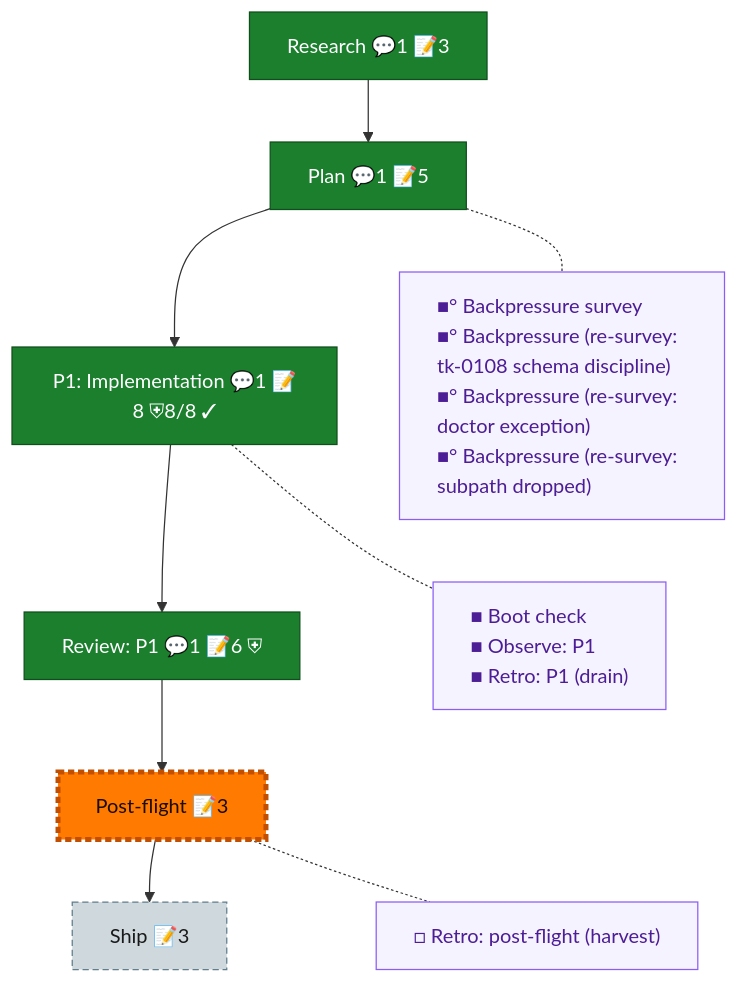
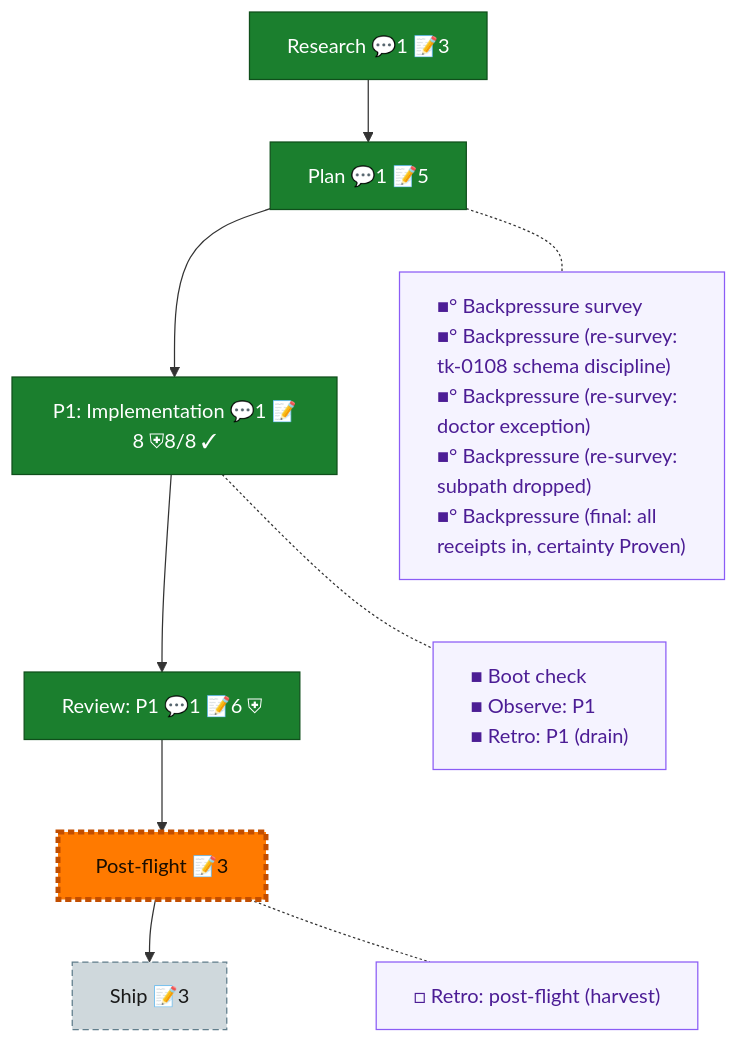
The diagram in docs/plans/003-first-light/the-flow.md (AI-Substrate/flowspace3), drawn with Mermaid before and after one commit. The commit also changed other lines of this file and 4 other files, not shown here.

Commit message:
chore(plan-003): final basis receipt (Proven); sawfish released

````diff
--- a/docs/plans/003-first-light/the-flow.md
+++ b/docs/plans/003-first-light/the-flow.md
@@ -8,29 +8,29 @@
 ```mermaid
 flowchart TD
     research["Research 💬1 📝3"]:::done
     plan["Plan 💬1 📝5"]:::done
     phase_1["P1: Implementation 💬1 📝8 ⛨8/8 ✓"]:::done
     review_1["Review: P1 💬1 📝6 ⛨"]:::done
     post_flight["Post-flight 📝3"]:::assumed
     ship["Ship 📝3"]:::assumed
 
     research --> plan --> phase_1 --> review_1 --> post_flight --> ship
 
-    planC["■° Backpressure survey<br/>■° Backpressure (re-survey: tk-0108 schema discipline)<br/>■° Backpressure (re-survey: doctor exception)<br/>■° Backpressure (re-survey: subpath dropped)"]:::chore
+    planC["■° Backpressure survey<br/>■° Backpressure (re-survey: tk-0108 schema discipline)<br/>■° Backpressure (re-survey: doctor exception)<br/>■° Backpressure (re-survey: subpath dropped)<br/>■° Backpressure (final: all receipts in, certainty Proven)"]:::chore
     phase_1C["■ Boot check<br/>■ Observe: P1<br/>■ Retro: P1 (drain)"]:::chore
     post_flightC["□ Retro: post-flight (harvest)"]:::chore
 
     %% invisible chain holds the gutter boxes in their own column
     planC ~~~ phase_1C ~~~ post_flightC
 
     %% dotted links pull each gutter box beside its node
     plan -.- planC
     phase_1 -.- phase_1C
     post_flight -.- post_flightC
 
     classDef done fill:#1B7F2E,stroke:#0F4F1B,color:#fff;
     classDef assumed fill:#CFD8DC,stroke:#607D8B,color:#1a1a1a,stroke-dasharray:5 3;
     classDef chore fill:#f5f3ff,stroke:#8b5cf6,color:#4c1d95,text-align:left;
     classDef current fill:#FF7A00,stroke:#C24E00,color:#1a0e00,stroke-width:4px;
     class post_flight current;
 ```
````
